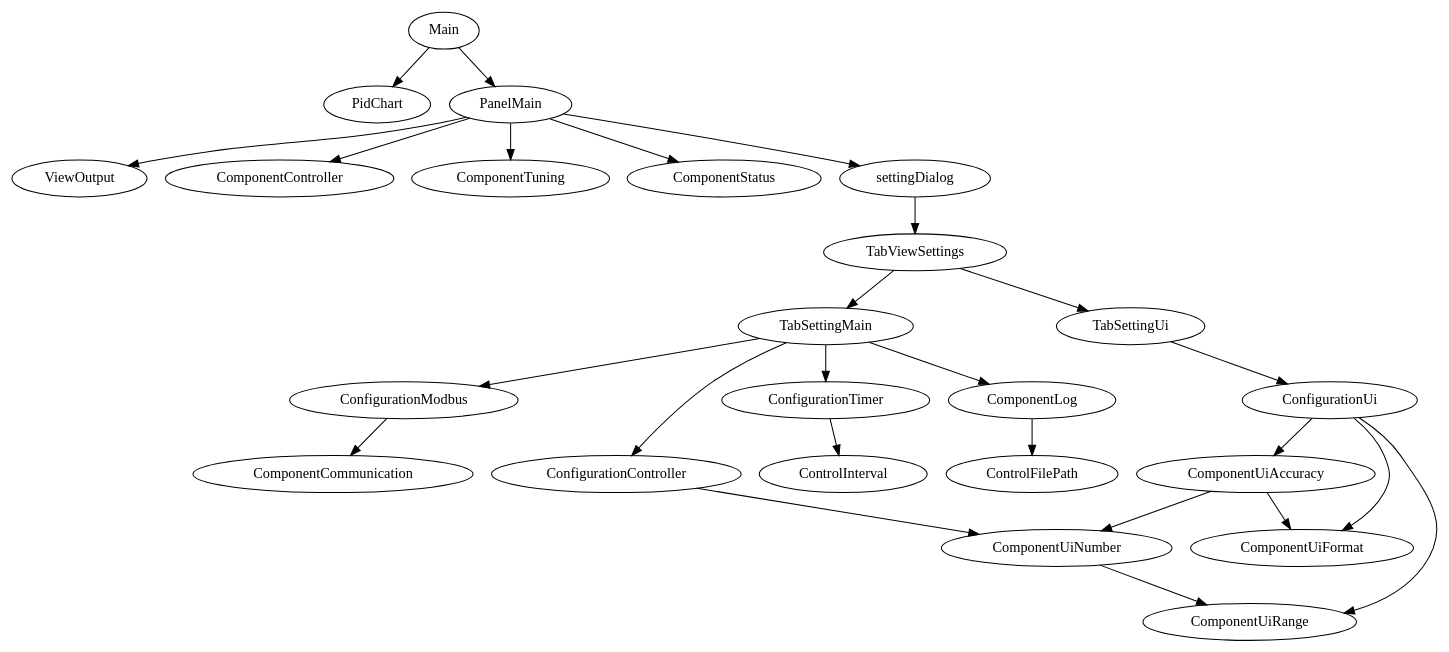
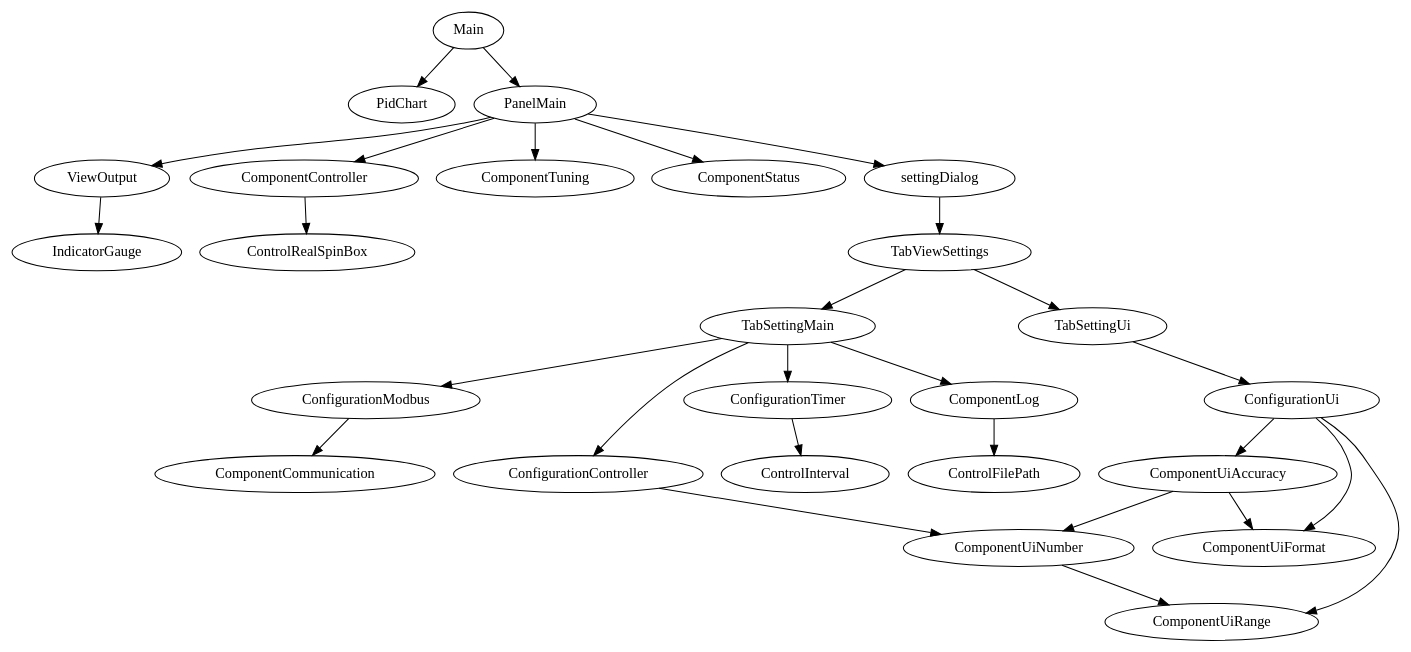
Before and after one commit to orri93/PidAutotunerToolkitDotNet: the diagram in graphviz/qml.gv, drawn with Graphviz. The commit also changed 31 other files, not shown here.

```diff
--- a/graphviz/qml.gv
+++ b/graphviz/qml.gv
@@ -1,17 +1,17 @@
 digraph G {
 
   Main -> PidChart;
-  Main -> PanelMain -> ViewOutput;
-  PanelMain -> ComponentController;
+  Main -> PanelMain -> ViewOutput -> IndicatorGauge;
+  PanelMain -> ComponentController -> ControlRealSpinBox;
   PanelMain -> ComponentTuning;
   PanelMain -> ComponentStatus;
   PanelMain -> settingDialog -> TabViewSettings -> TabSettingMain -> ConfigurationModbus -> ComponentCommunication;
   TabViewSettings -> TabSettingUi -> ConfigurationUi -> ComponentUiAccuracy -> ComponentUiFormat;
   ComponentUiAccuracy -> ComponentUiNumber -> ComponentUiRange;
   ConfigurationUi -> ComponentUiRange;
   ConfigurationUi -> ComponentUiFormat;
   TabSettingMain -> ConfigurationController -> ComponentUiNumber;
   TabSettingMain -> ConfigurationTimer -> ControlInterval;
   TabSettingMain -> ComponentLog -> ControlFilePath;
   
 }
```
